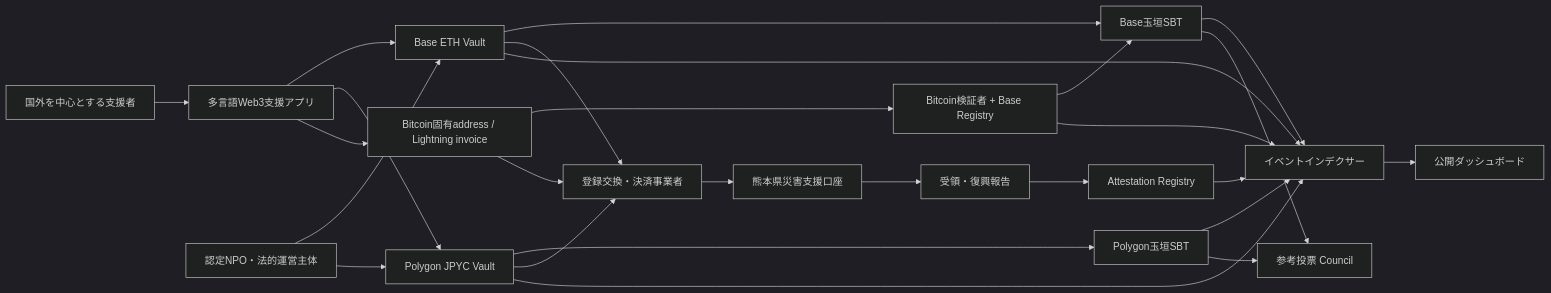
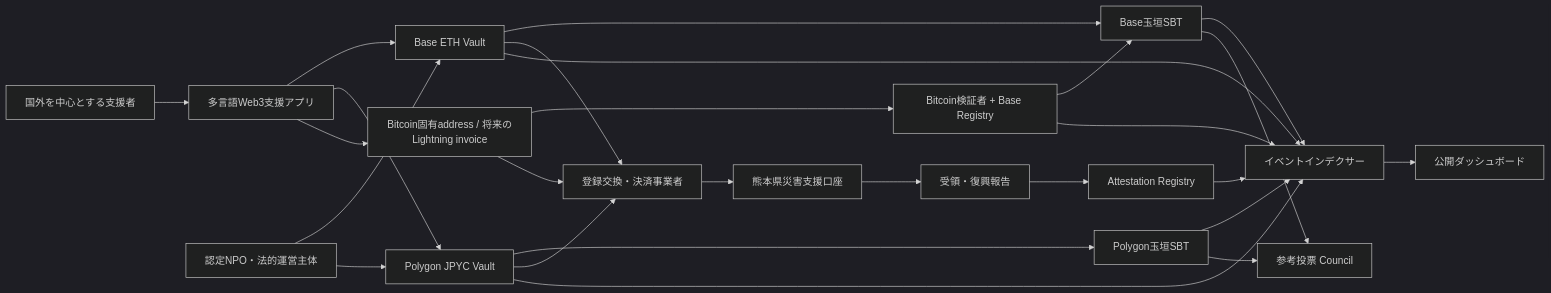
The first of 5 diagrams in docs/architecture.md (ShigeichiroYamasaki/yui-no-kaki-kumamoto), drawn with Mermaid (dark theme) before and after one commit. The commit also changed other lines of this file and 25 other files, not shown here.

````diff
--- a/docs/architecture.md
+++ b/docs/architecture.md
@@ -5,28 +5,28 @@
 ```mermaid
 flowchart LR
   S[国外を中心とする支援者] --> W[多言語Web3支援アプリ]
   W --> BV[Base ETH Vault]
   W --> PV[Polygon JPYC Vault]
-  W --> BTC[Bitcoin固有address / Lightning invoice]
+  W --> BTC[Bitcoin固有address / 将来のLightning invoice]
   BTC --> BR[Bitcoin検証者 + Base Registry]
   N["認定NPO・法的運営主体"] --> BV
   N --> PV
   BV --> BT[Base玉垣SBT]
   PV --> PT[Polygon玉垣SBT]
   BR --> BT
   BV --> X[登録交換・決済事業者]
   PV --> X
   BTC --> X
   X --> K[熊本県災害支援口座]
   K --> A[受領・復興報告]
   A --> R[Attestation Registry]
   BV --> I[イベントインデクサー]
   PV --> I
   BT --> I
   PT --> I
   BR --> I
   R --> I
   I --> D[公開ダッシュボード]
   BT --> C[参考投票 Council]
   PT --> C
 ```
````
